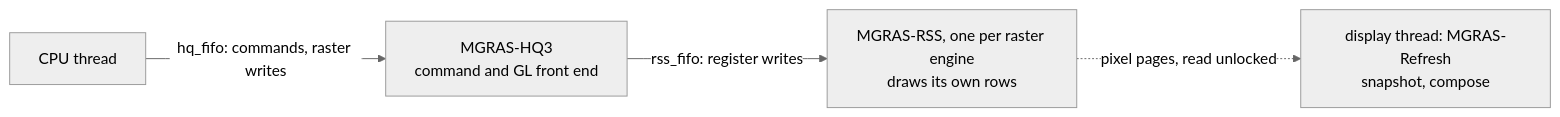
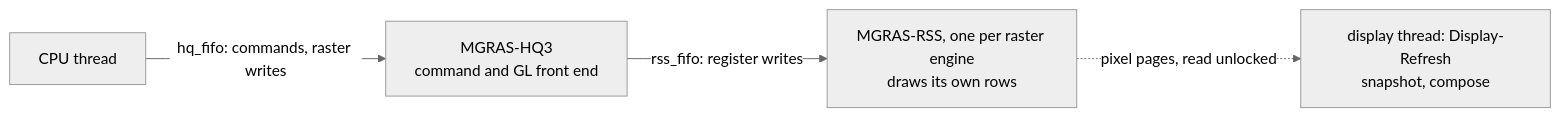
One commit to techomancer/iris changed the third of 4 diagrams in docs/graphics/mgras.md. Above: the diagram before and after it, drawn with Mermaid (neutral theme). The commit also changed other lines of this file and 8 other files, not shown here.

First line of the commit message:
docs: the display refresh thread

````diff
--- a/docs/graphics/mgras.md
+++ b/docs/graphics/mgras.md
@@ -66,6 +66,6 @@
 ```mermaid
 flowchart LR
   cpu["CPU thread"] -->|hq_fifo: commands, raster writes| hq["MGRAS-HQ3<br/>command and GL front end"]
   hq -->|rss_fifo: register writes| rss["MGRAS-RSS, one per raster engine<br/>draws its own rows"]
-  rss -.->|pixel pages, read unlocked| refresh["display thread: MGRAS-Refresh<br/>snapshot, compose"]
+  rss -.->|pixel pages, read unlocked| refresh["display thread: Display-Refresh<br/>snapshot, compose"]
 ```
````
